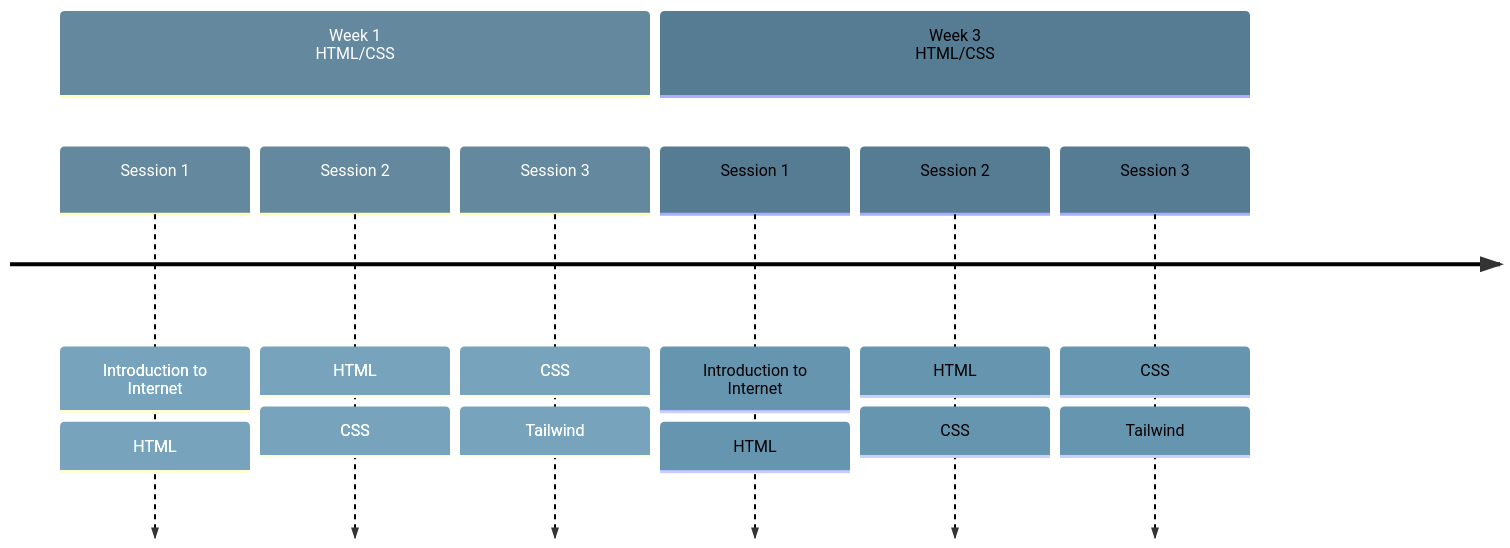
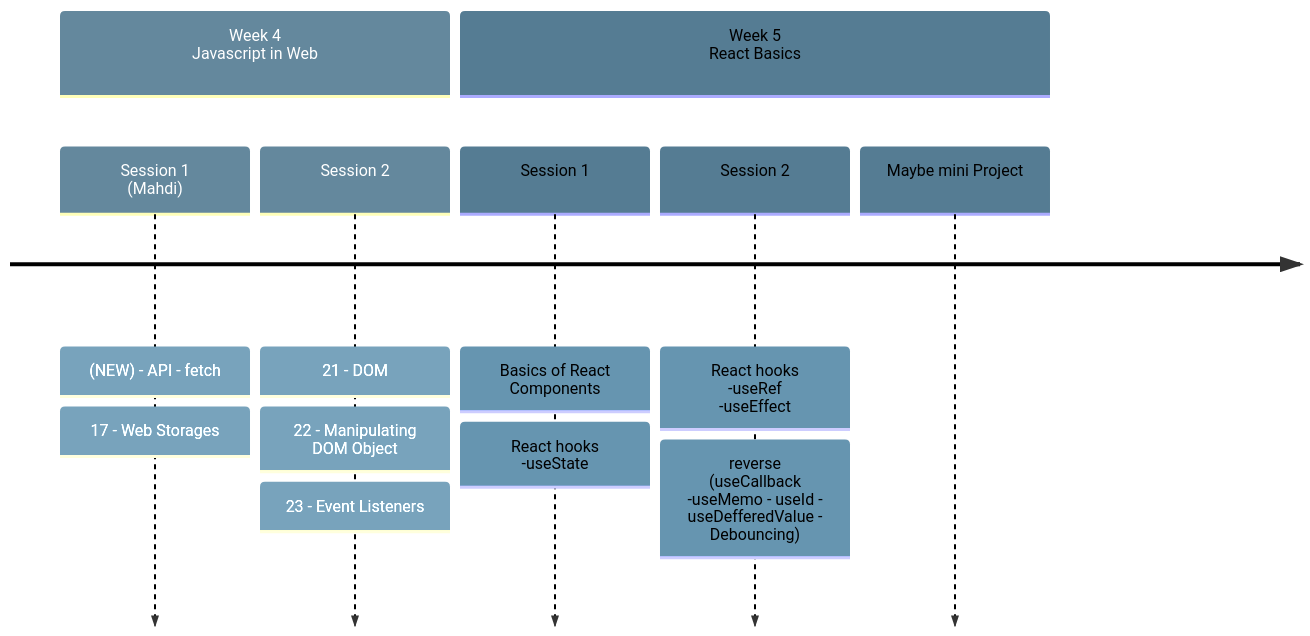
Before and after one commit to aryansabet/FrontendBootcamp: the third of 5 diagrams in README.md, drawn with Mermaid. The commit also changed other lines of this file, not shown here.

Commit message:
fix: Add Full Timeline for 8 Weeks

````diff
--- a/README.md
+++ b/README.md
@@ -71,36 +69,30 @@
 ```mermaid
 %%{init: { 'logLevel': 'debug', 'theme': 'default' , 'themeVariables': {
               'cScale0': '#64889D',
               'cScale1': '#557C93',
               'cScale2': '#42657E',
               'cScale3': '#1C3754',
               'cScale4': '#42657E',
               'cScale5': '#557C93',
               'cScale6': '#1C3754',
               'cScale7': '#64889D'
        }  } }%%
 timeline
-    section Week 1 <br> HTML/CSS
+    section Week 4 <br> Javascript in Web
+        Session 1 <br> (Mahdi)
+            : (NEW) - API - fetch
+            : 17 - Web Storages
+        Session 2 
+            : 21 - DOM
+            : 22 - Manipulating DOM Object
+            : 23 - Event Listeners
+    section Week 5 <br> React Basics
         Session 1 
-            : Introduction to Internet 
-            : HTML 
+            : Basics of React Components
+            : React hooks  <br> -useState
+
         Session 2 
-            : HTML 
-            : CSS
-        Session 3 
-            : CSS 
-            : Tailwind
-
-    section Week 3 <br> HTML/CSS
-        Session 1 
-            : Introduction to Internet 
-            : HTML 
-        Session 2 
-            : HTML 
-            : CSS
-        Session 3 
-            : CSS 
-            : Tailwind
-
-
+            : React hooks <br> -useRef <br> -useEffect
+            : reverse <br> (useCallback -useMemo - useId - useDefferedValue - Debouncing)
+        Maybe mini Project 
 ```
````
